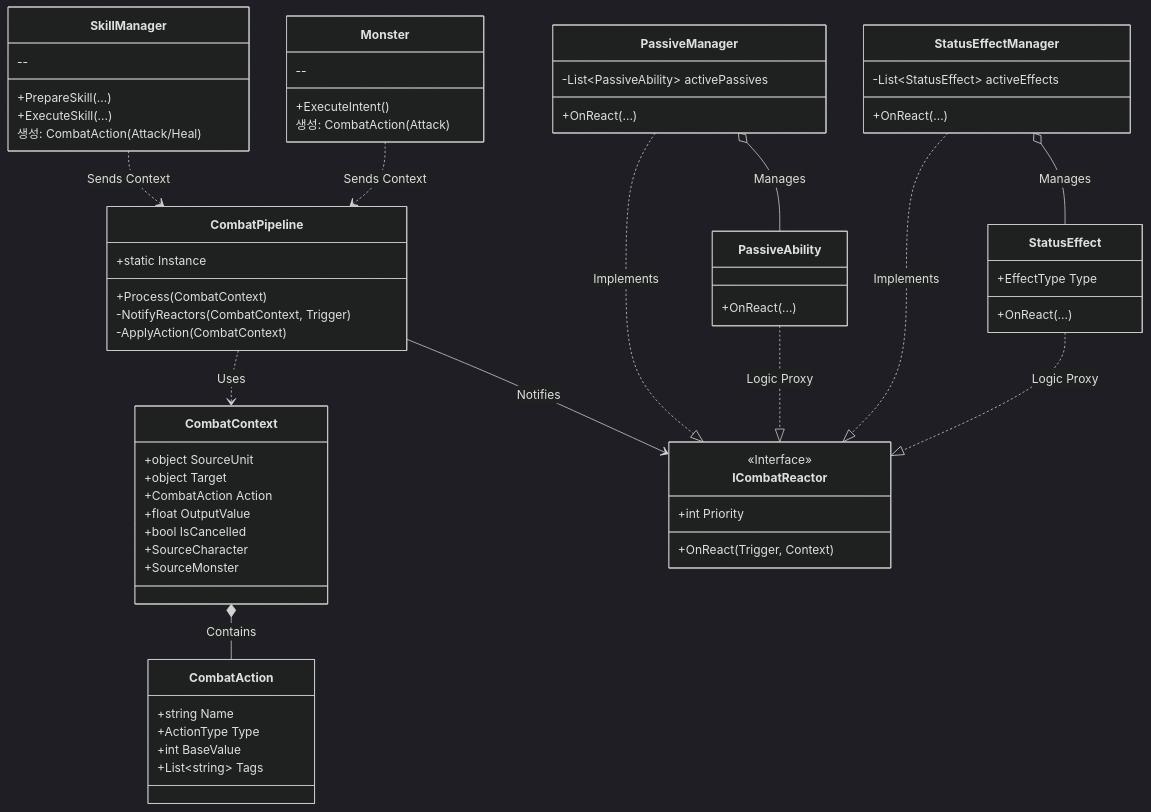
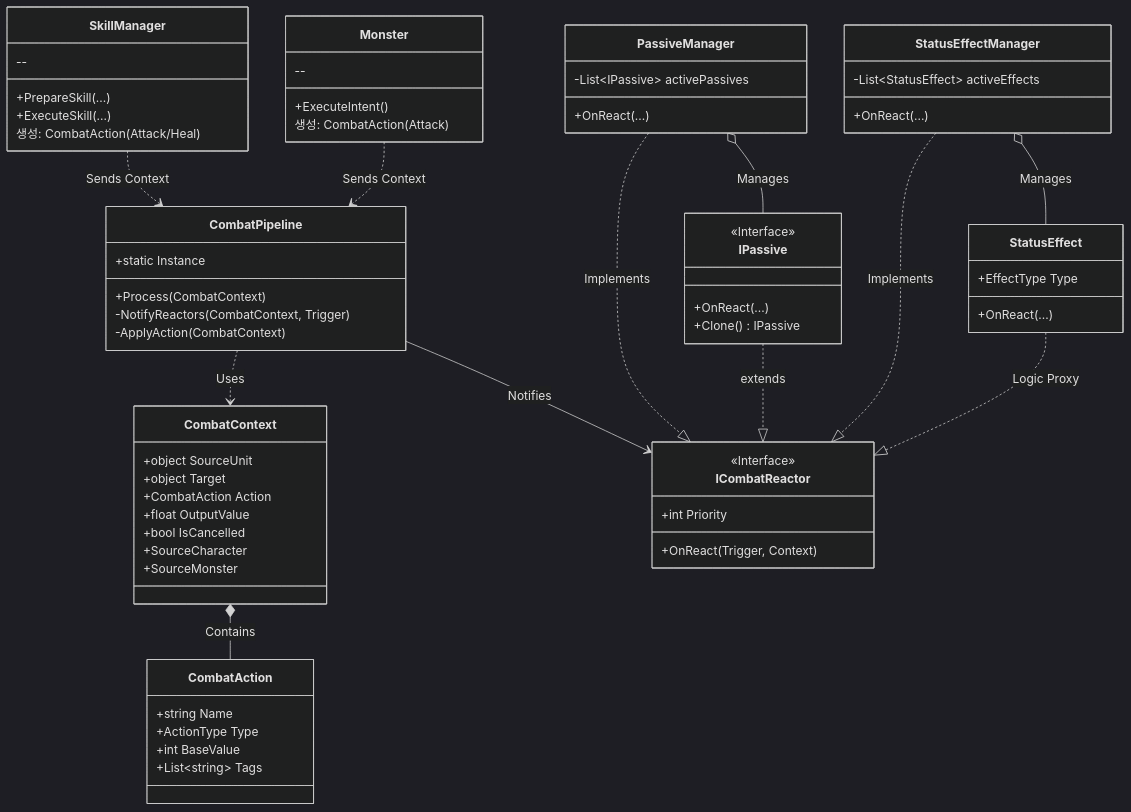
One commit to dfdfg42/Dice-Orbit changed the second of 3 diagrams in Docs/skill_system_structure.md. Above: the diagram before and after it, drawn with Mermaid (dark theme). The commit also changed other lines of this file and 88 other files, not shown here.

First line of the commit message:
Refactor skill/passive system to ScriptableObject-based architecture

````diff
--- a/Docs/skill_system_structure.md
+++ b/Docs/skill_system_structure.md
@@ -294,7 +347,7 @@
     %% --- Reactive Systems (Listeners) ---
     class PassiveManager {
         +OnReact(...)
-        -List~PassiveAbility~ activePassives
+        -List~IPassive~ activePassives
     }
 
     class StatusEffectManager {
@@ -302,8 +355,10 @@
         -List~StatusEffect~ activeEffects
     }
     
-    class PassiveAbility {
+    class IPassive {
+        <<Interface>>
         +OnReact(...)
+        +Clone() IPassive
     }
 
     class StatusEffect {
@@ -323,9 +378,9 @@
     PassiveManager ..|> ICombatReactor : Implements
     StatusEffectManager ..|> ICombatReactor : Implements
     
-    PassiveManager o-- PassiveAbility : Manages
+    PassiveManager o-- IPassive : Manages
     StatusEffectManager o-- StatusEffect : Manages
     
-    PassiveAbility ..|> ICombatReactor : Logic Proxy
+    IPassive ..|> ICombatReactor : extends
     StatusEffect ..|> ICombatReactor : Logic Proxy
 ```
````
